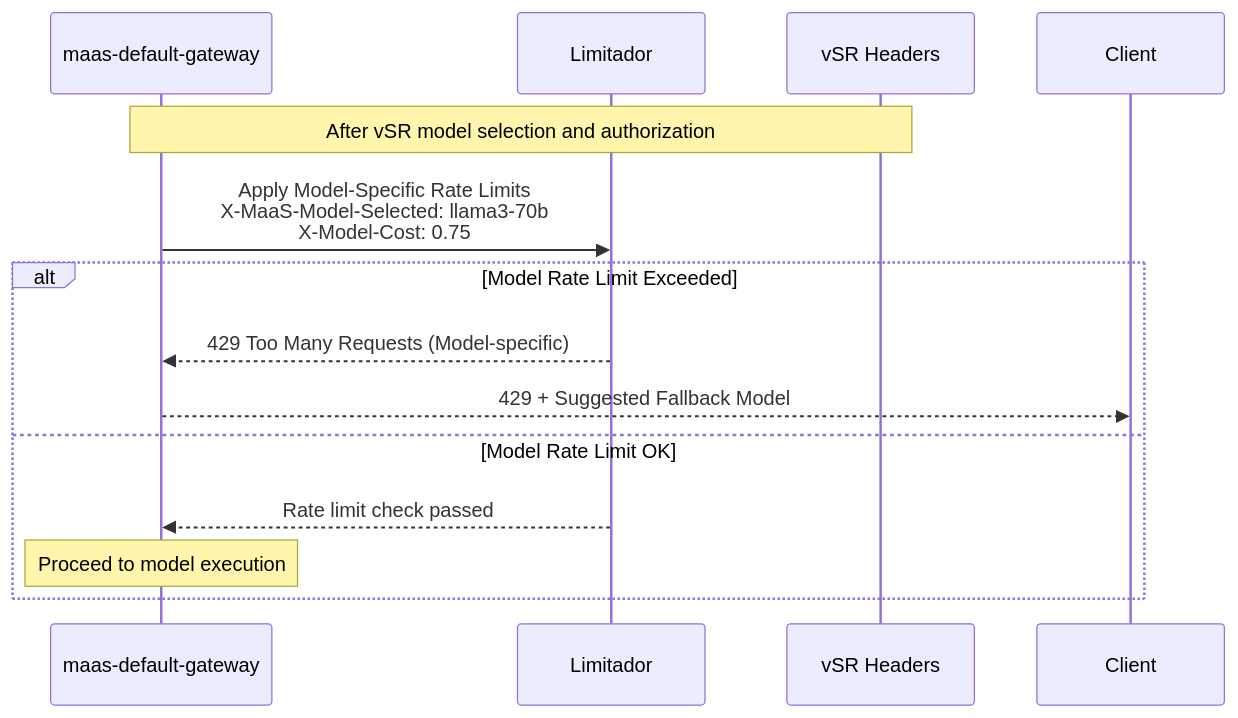
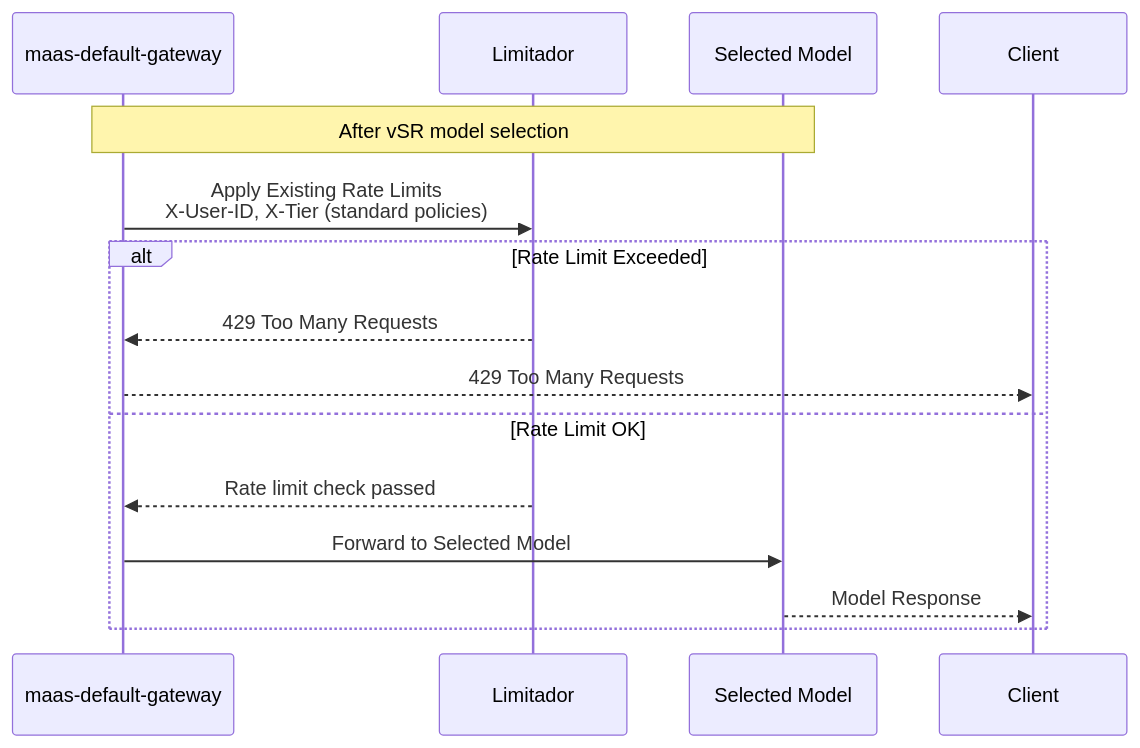
Before and after one commit to noyitz/maas-billing: diagram 12 of 13 in docs/designs/vSR-Integration/README.md, drawn with Mermaid. The commit also changed other lines of this file, not shown here.

First line of the commit message:
Simplify architecture: remove model-aware rate limiting complexity

````diff
--- a/docs/designs/vSR-Integration/README.md
+++ b/docs/designs/vSR-Integration/README.md
@@ -451,17 +445,19 @@
 ```mermaid
 sequenceDiagram
     participant Gateway as maas-default-gateway
     participant Limitador
-    participant vSR as vSR Headers
+    participant KServe as Selected Model
+    participant Client
     
-    Note over Gateway,vSR: After vSR model selection and authorization
-    Gateway->>Limitador: Apply Model-Specific Rate Limits<br/>X-MaaS-Model-Selected: llama3-70b<br/>X-Model-Cost: 0.75
+    Note over Gateway,KServe: After vSR model selection
+    Gateway->>Limitador: Apply Existing Rate Limits<br/>X-User-ID, X-Tier (standard policies)
     
-    alt Model Rate Limit Exceeded
-        Limitador-->>Gateway: 429 Too Many Requests (Model-specific)
-        Gateway-->>Client: 429 + Suggested Fallback Model
-    else Model Rate Limit OK
+    alt Rate Limit Exceeded
+        Limitador-->>Gateway: 429 Too Many Requests
+        Gateway-->>Client: 429 Too Many Requests
+    else Rate Limit OK
         Limitador-->>Gateway: Rate limit check passed
-        Note over Gateway: Proceed to model execution
+        Gateway->>KServe: Forward to Selected Model
+        KServe-->>Client: Model Response
     end
 ```
````
